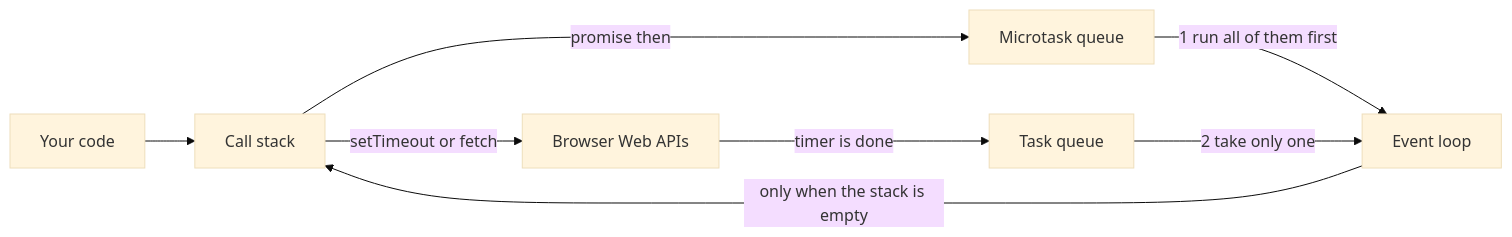
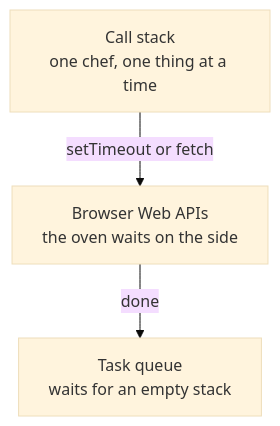
One commit to starjustice/research-material changed the first of 4 diagrams in learn/javascript/11-the-event-loop.md. Above: the diagram before and after it, drawn with Mermaid (base theme). The commit also changed other lines of this file, not shown here.

Commit message:
Reshape JavaScript lesson 11 (The event loop) into short cards with guess bars and blue More detail bars

````diff
--- a/learn/javascript/11-the-event-loop.md
+++ b/learn/javascript/11-the-event-loop.md
@@ -26,10 +15,5 @@
 ```mermaid
-graph LR
-    A["Your code"] --> B["Call stack"]
-    B -->|setTimeout or fetch| C["Browser Web APIs"]
-    C -->|timer is done| D["Task queue"]
-    B -->|promise then| E["Microtask queue"]
-    E -->|1 run all of them first| F["Event loop"]
-    D -->|2 take only one| F
-    F -->|only when the stack is empty| B
+graph TB
+    A["Call stack<br/>one chef, one thing at a time"] -->|setTimeout or fetch| B["Browser Web APIs<br/>the oven waits on the side"]
+    B -->|done| C["Task queue<br/>waits for an empty stack"]
 ```
````
